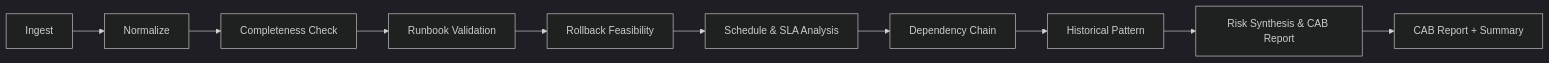
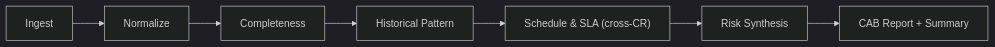
One commit to gsampaio-rh/commit-risk-adversarial-agentic-harness changed the diagram in ARCHITECTURE.md. Above: the diagram before and after it, drawn with Mermaid (dark theme). The commit also changed other lines of this file and 5 other files, not shown here.

First line of the commit message:
docs: restructure ARCHITECTURE.md — split into focused docs

````diff
--- a/ARCHITECTURE.md
+++ b/ARCHITECTURE.md
@@ -255,12 +17,9 @@
 ```mermaid
 flowchart LR
     I[Ingest] --> N[Normalize]
-    N --> CC[Completeness Check]
-    CC --> RV[Runbook Validation]
-    RV --> RA[Rollback Feasibility]
-    RA --> SS[Schedule & SLA Analysis]
-    SS --> DC[Dependency Chain]
-    DC --> HP[Historical Pattern]
-    HP --> R[Risk Synthesis & CAB Report]
-    R --> CAB["CAB Report + Summary"]
+    N --> CC[Completeness]
+    CC --> HP["Historical Pattern"]
+    HP --> SS["Schedule & SLA (cross-CR)"]
+    SS --> RS["Risk Synthesis"]
+    RS --> CAB["CAB Report + Summary"]
 ```
````
